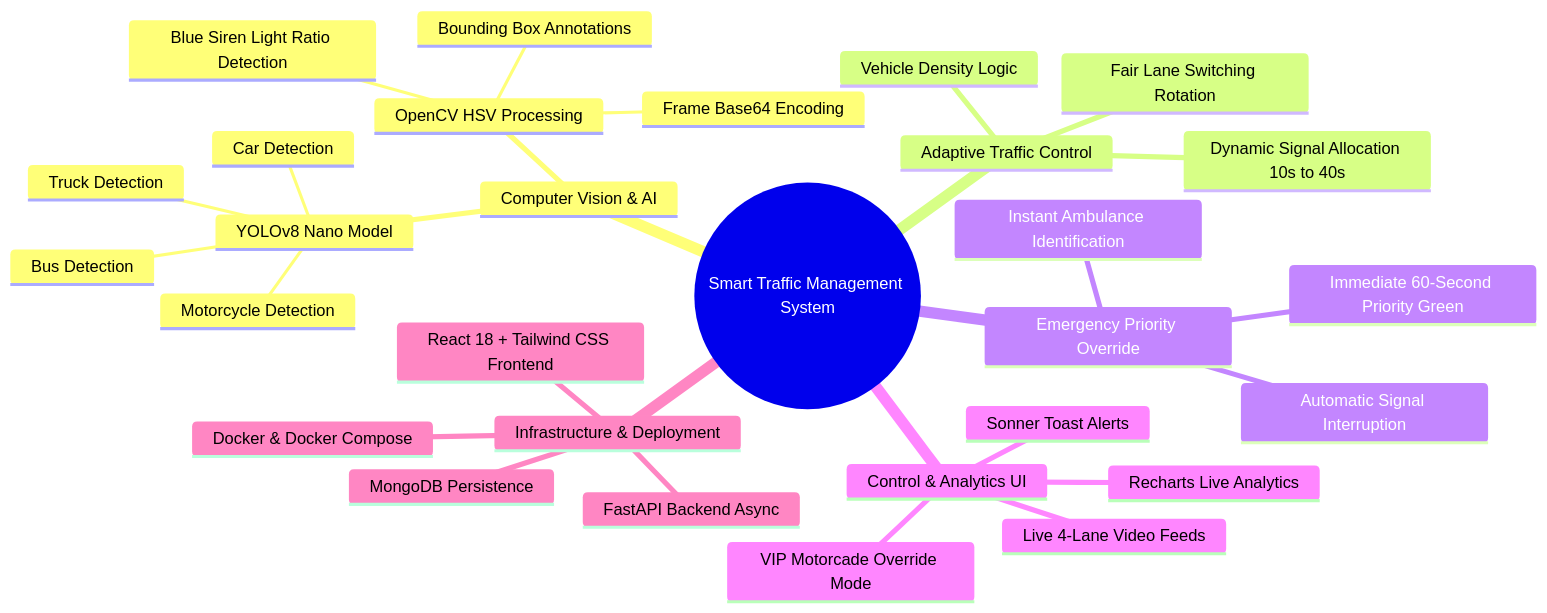
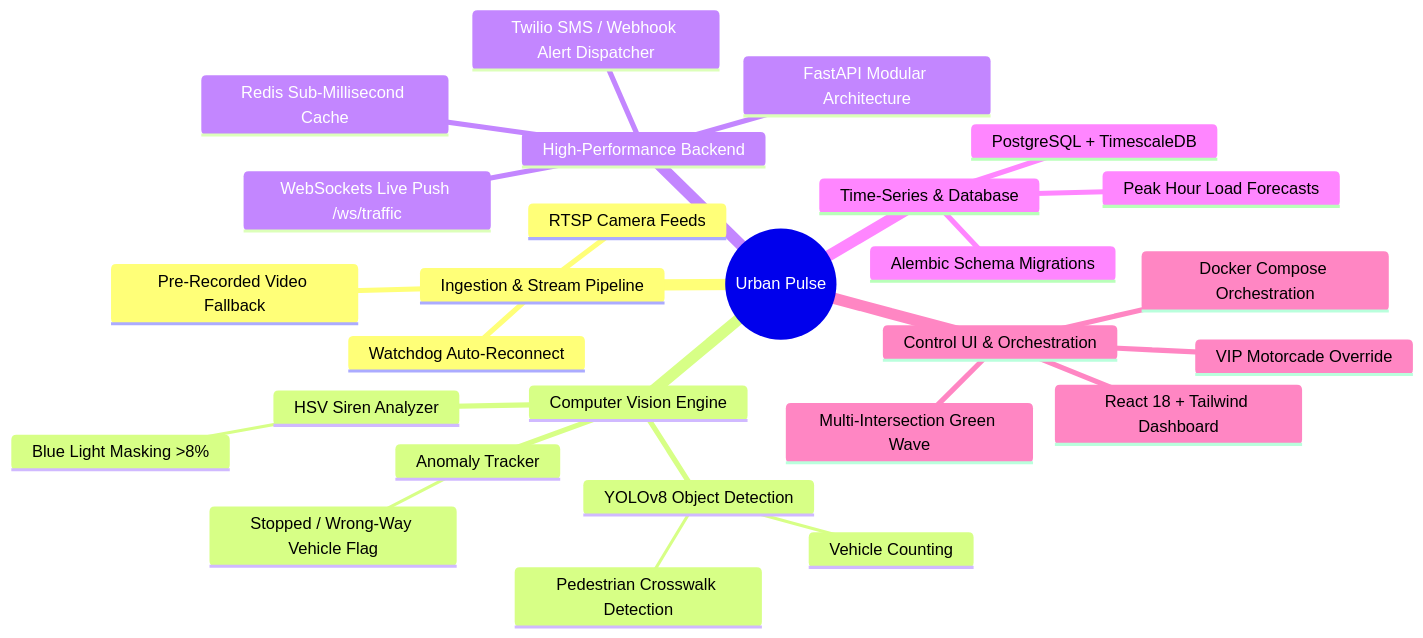
The first of 2 diagrams in README.md (adarshhhgupta/trafficmanagementmajor), drawn with Mermaid before and after one commit. The commit also changed other lines of this file and 35 other files, not shown here.

Commit message:
Rebuild project into Urban Pulse: RTSP streams, PostgreSQL/TimescaleDB, Redis, WebSockets, Multi-intersection Green Wave, Pedestrian/Anomaly detection, unit tests, and CI

````diff
--- a/README.md
+++ b/README.md
@@ -9,32 +9,30 @@
 ```mermaid
 mindmap
-  root((Smart Traffic Management System))
-    Computer Vision & AI
-      YOLOv8 Nano Model
-        Car Detection
-        Bus Detection
-        Truck Detection
-        Motorcycle Detection
-      OpenCV HSV Processing
-        Blue Siren Light Ratio Detection
-        Bounding Box Annotations
-        Frame Base64 Encoding
-    Adaptive Traffic Control
-      Vehicle Density Logic
-      Dynamic Signal Allocation 10s to 40s
-      Fair Lane Switching Rotation
-    Emergency Priority Override
-      Instant Ambulance Identification
-      Immediate 60-Second Priority Green
-      Automatic Signal Interruption
-    Control & Analytics UI
-      Live 4-Lane Video Feeds
-      VIP Motorcade Override Mode
-      Recharts Live Analytics
-      Sonner Toast Alerts
-    Infrastructure & Deployment
-      FastAPI Backend Async
-      React 18 + Tailwind CSS Frontend
-      MongoDB Persistence
-      Docker & Docker Compose
+  root((Urban Pulse))
+    Ingestion & Stream Pipeline
+      RTSP Camera Feeds
+      Watchdog Auto-Reconnect
+      Pre-Recorded Video Fallback
+    Computer Vision Engine
+      YOLOv8 Object Detection
+        Vehicle Counting
+        Pedestrian Crosswalk Detection
+      HSV Siren Analyzer
+        Blue Light Masking >8%
+      Anomaly Tracker
+        Stopped / Wrong-Way Vehicle Flag
+    High-Performance Backend
+      FastAPI Modular Architecture
+      Redis Sub-Millisecond Cache
+      WebSockets Live Push /ws/traffic
+      Twilio SMS / Webhook Alert Dispatcher
+    Time-Series & Database
+      PostgreSQL + TimescaleDB
+      Alembic Schema Migrations
+      Peak Hour Load Forecasts
+    Control UI & Orchestration
+      React 18 + Tailwind Dashboard
+      Multi-Intersection Green Wave
+      VIP Motorcade Override
+      Docker Compose Orchestration
 ```
````
